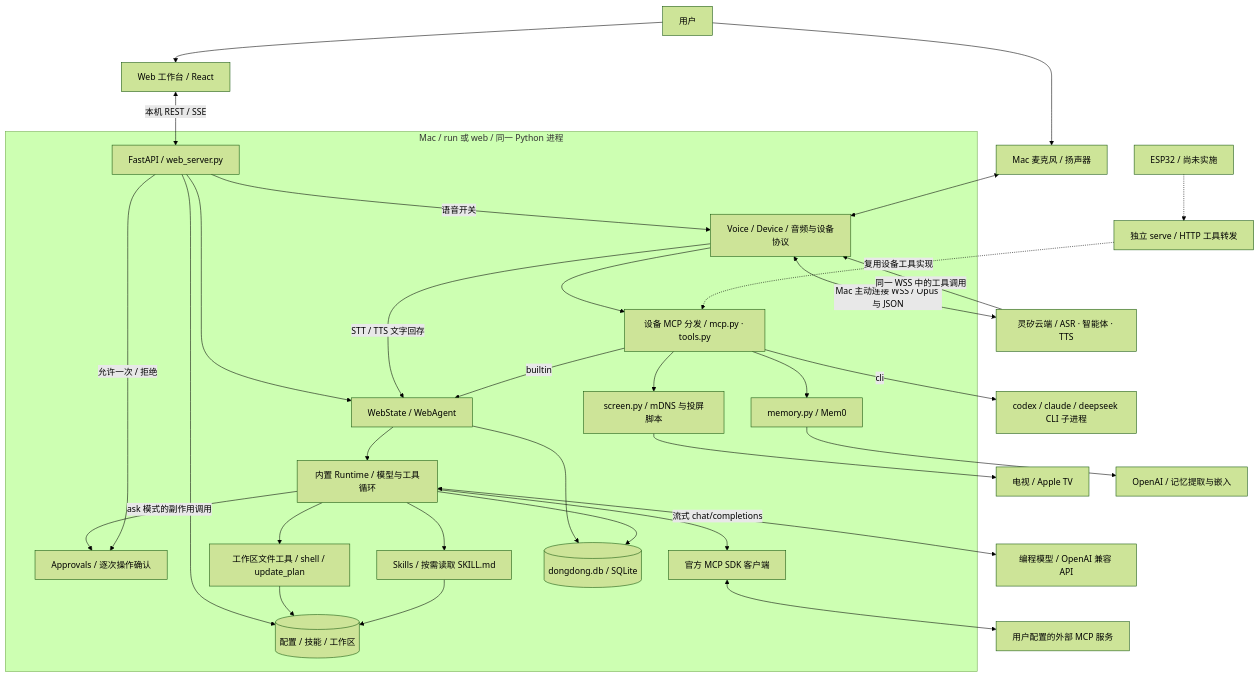
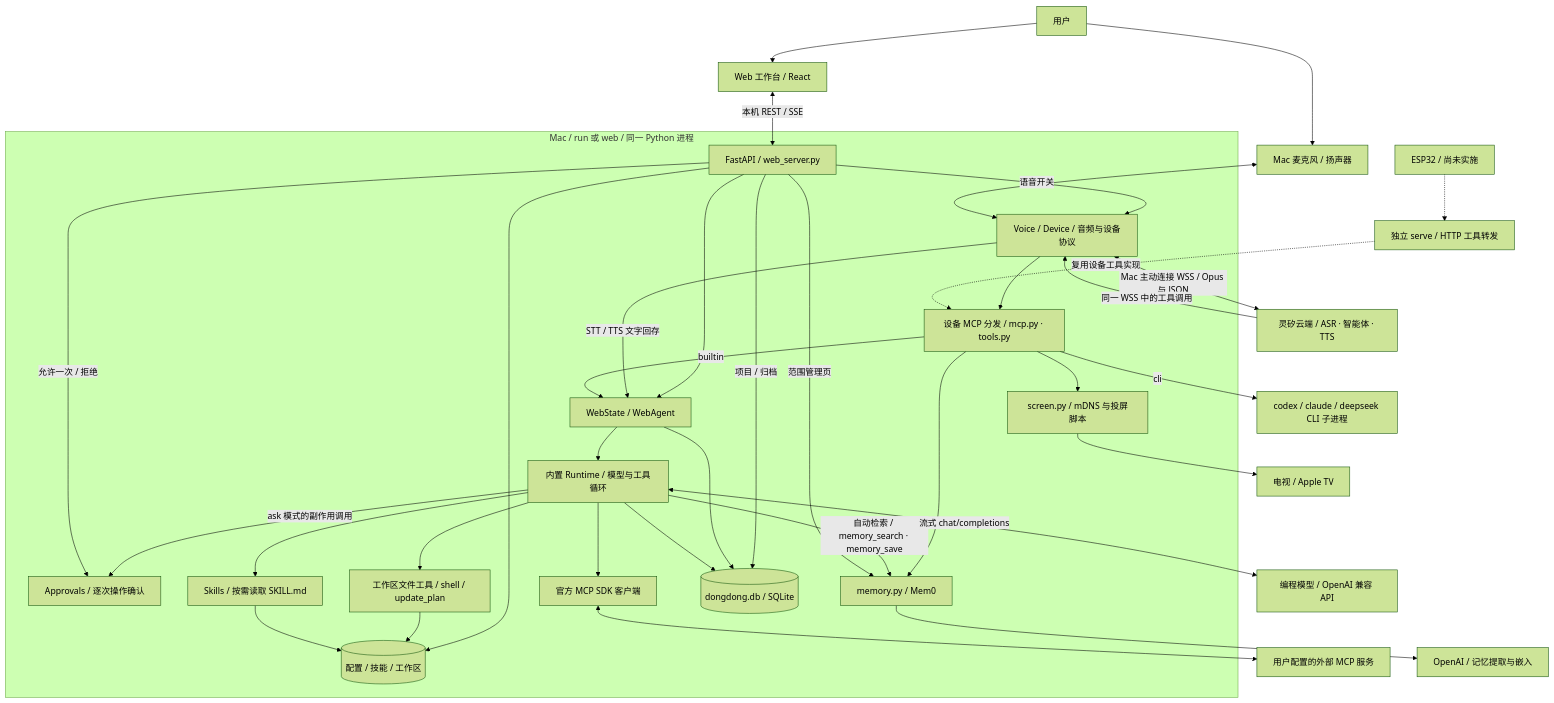
Before and after one commit to ShaoLongFei/dongdong: the first of 3 diagrams in docs/architecture.md, drawn with Mermaid (forest theme). The commit also changed other lines of this file and 21 other files, not shown here.

````diff
--- a/docs/architecture.md
+++ b/docs/architecture.md
@@ -15,55 +15,58 @@
 ```mermaid
 flowchart TB
     User[用户] --> Browser[Web 工作台 / React]
     User --> Mic[Mac 麦克风 / 扬声器]
     Linx[灵矽云端 / ASR · 智能体 · TTS]
     Model[编程模型 / OpenAI 兼容 API]
     Ext[用户配置的外部 MCP 服务]
     CLI[codex / claude / deepseek CLI 子进程]
     TV[电视 / Apple TV]
     OpenAI[OpenAI / 记忆提取与嵌入]
 
     subgraph Mac[Mac / run 或 web / 同一 Python 进程]
         API[FastAPI / web_server.py]
         Web[WebState / WebAgent]
         Voice[Voice / Device / 音频与设备协议]
         DeviceTools[设备 MCP 分发 / mcp.py · tools.py]
         Runtime[内置 Runtime / 模型与工具循环]
         Gate[Approvals / 逐次操作确认]
         Builtin[工作区文件工具 / shell / update_plan]
         Skill[Skills / 按需读取 SKILL.md]
         Client[官方 MCP SDK 客户端]
         Screen[screen.py / mDNS 与投屏脚本]
         Memory[memory.py / Mem0]
         DB[(dongdong.db / SQLite)]
         Files[(配置 / 技能 / 工作区)]
     end
 
     Browser <-->|本机 REST / SSE| API
     API --> Web
     API -->|语音开关| Voice
     Voice -->|STT / TTS 文字回存| Web
     Mic <--> Voice
     Voice <-->|Mac 主动连接 WSS / Opus 与 JSON| Linx
     Linx -->|同一 WSS 中的工具调用| Voice
     Voice --> DeviceTools
     DeviceTools -->|builtin| Web
     DeviceTools -->|cli| CLI
     DeviceTools --> Screen --> TV
     DeviceTools --> Memory --> OpenAI
+    Runtime -->|自动检索 / memory_search · memory_save| Memory
+    API -->|项目 / 归档| DB
+    API -->|范围管理页| Memory
     Web --> Runtime
     Runtime <-->|流式 chat/completions| Model
     Runtime -->|ask 模式的副作用调用| Gate
     API -->|允许一次 / 拒绝| Gate
     Runtime --> Builtin
     Runtime --> Skill
     Runtime --> Client <--> Ext
     Web --> DB
     Runtime --> DB
     API --> Files
     Builtin --> Files
     Skill --> Files
 
     ESP[ESP32 / 尚未实施] -.-> Bridge[独立 serve / HTTP 工具转发]
     Bridge -.->|复用设备工具实现| DeviceTools
 ```
````
